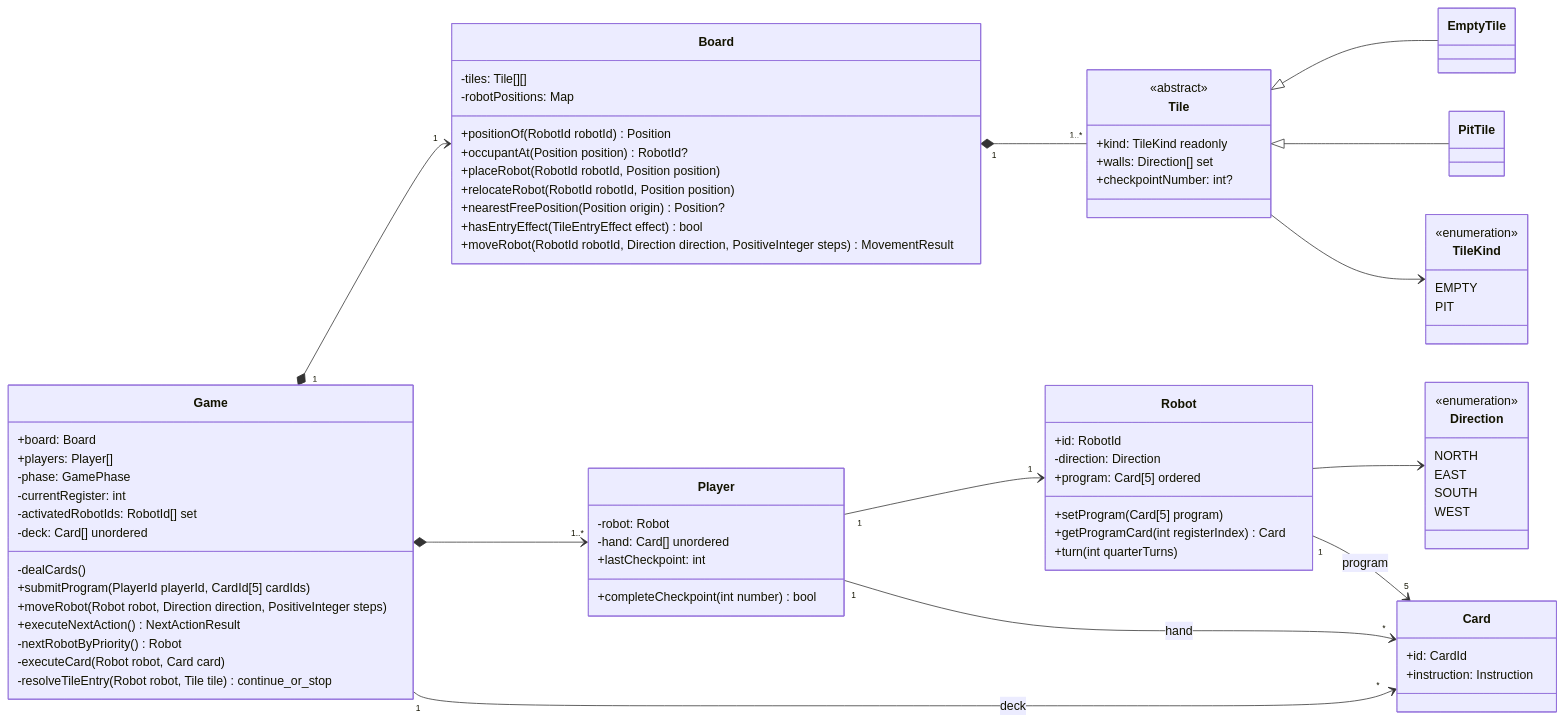
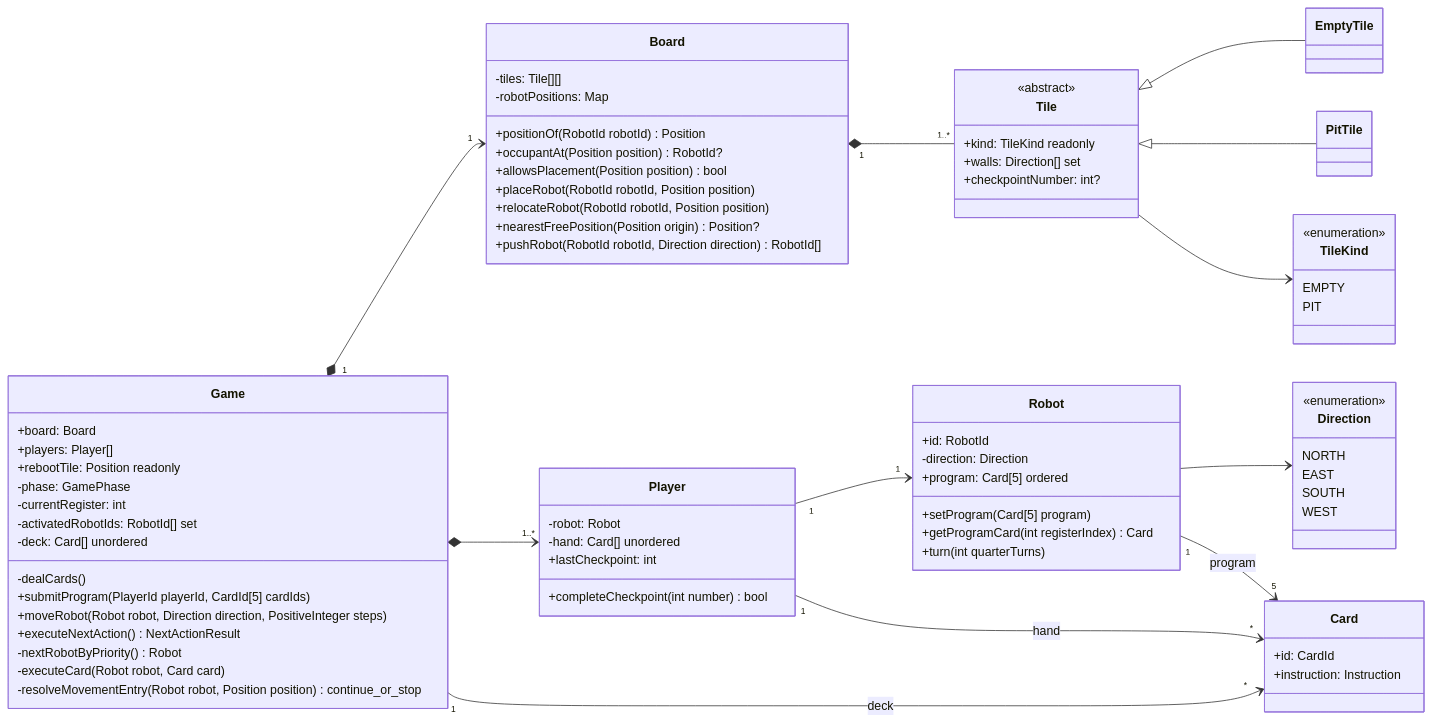
Before and after one commit to hananinas/RoboRally: the diagram in docs/game_model_UML.md, drawn with Mermaid. The commit also changed other lines of this file and 37 other files, not shown here.

```diff
--- a/docs/game_model_UML.md
+++ b/docs/game_model_UML.md
@@ -8,6 +8,7 @@
         class Game {
         +board: Board
         +players: Player[]
+        +rebootTile: Position readonly
         -phase: GamePhase
         -currentRegister: int
         -activatedRobotIds: RobotId[] set
@@ -18,7 +19,7 @@
         +executeNextAction() NextActionResult
         -nextRobotByPriority() Robot
         -executeCard(Robot robot, Card card)
-        -resolveTileEntry(Robot robot, Tile tile) continue_or_stop
+        -resolveMovementEntry(Robot robot, Position position) continue_or_stop
         }
 
         class Board {
@@ -26,11 +27,11 @@
         -robotPositions: Map
         +positionOf(RobotId robotId) Position
         +occupantAt(Position position) RobotId?
+        +allowsPlacement(Position position) bool
         +placeRobot(RobotId robotId, Position position)
         +relocateRobot(RobotId robotId, Position position)
         +nearestFreePosition(Position origin) Position?
-        +hasEntryEffect(TileEntryEffect effect) bool
-        +moveRobot(RobotId robotId, Direction direction, PositiveInteger steps) MovementResult
+        +pushRobot(RobotId robotId, Direction direction) RobotId[]
         }
 
         class Tile {
```
